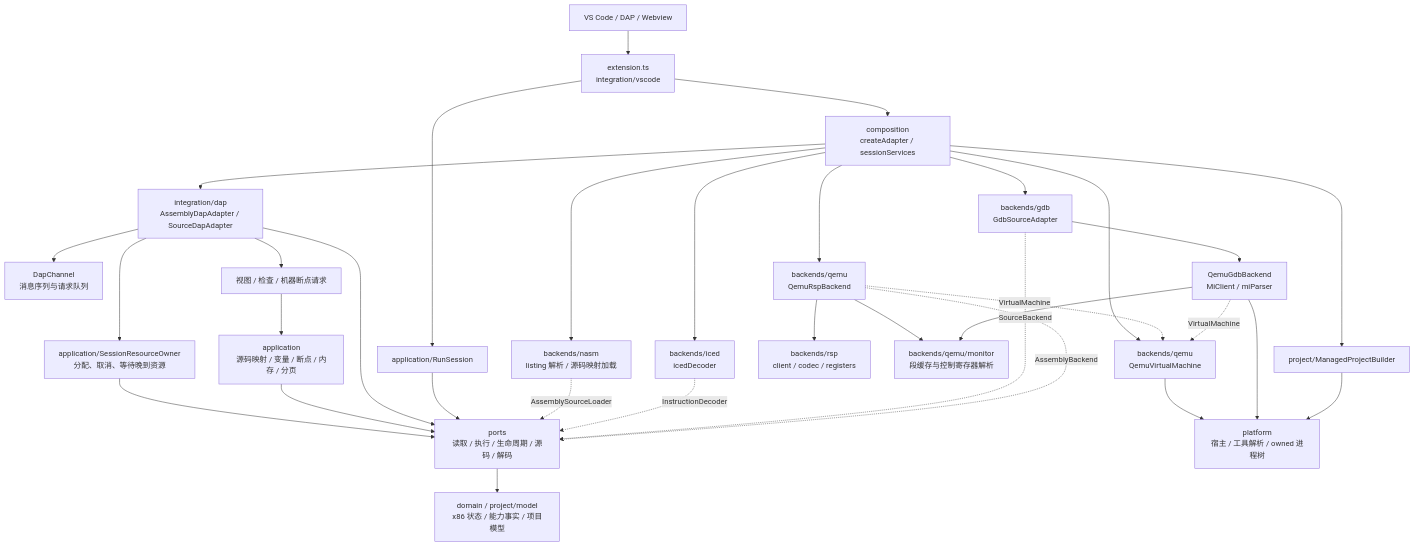
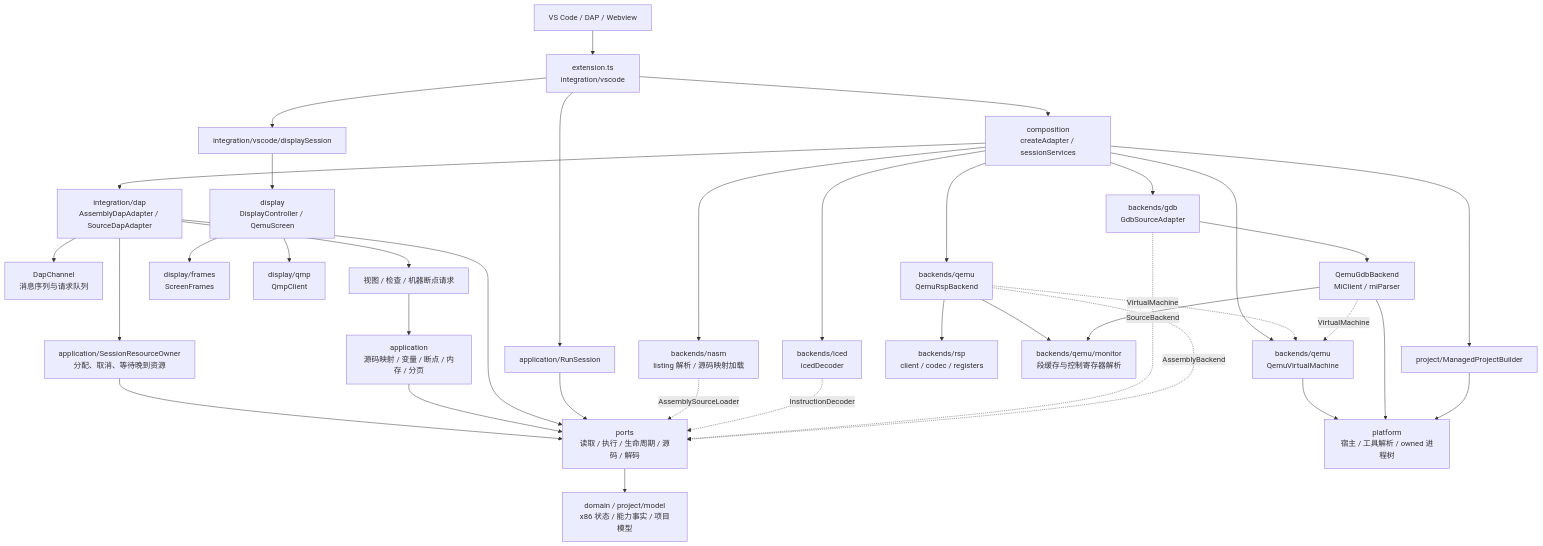
Before and after one commit to nothingzhl/vscode-qemu-asm: the first of 2 diagrams in docs/ARCHITECTURE.md, drawn with Mermaid. The commit also changed other lines of this file and 41 other files, not shown here.

Commit message:
fix: harden session cleanup and reduce repeated display work

````diff
--- a/docs/ARCHITECTURE.md
+++ b/docs/ARCHITECTURE.md
@@ -19,35 +19,39 @@
 ```mermaid
 flowchart TD
     VS[VS Code / DAP / Webview] --> Entry[extension.ts<br/>integration/vscode]
     Entry --> Composition[composition<br/>createAdapter / sessionServices]
     Composition --> DAP[integration/dap<br/>AssemblyDapAdapter / SourceDapAdapter]
     DAP --> Channel[DapChannel<br/>消息序列与请求队列]
     DAP --> Requests[视图 / 检查 / 机器断点请求]
     Requests --> Application[application<br/>源码映射 / 变量 / 断点 / 内存 / 分页]
     DAP --> Owner[application/SessionResourceOwner<br/>分配、取消、等待晚到资源]
     Owner --> Ports
     Entry --> Run[application/RunSession]
+    Entry --> DisplaySession[integration/vscode/displaySession]
+    DisplaySession --> Display[display<br/>DisplayController / QemuScreen]
+    Display --> Frames[display/frames<br/>ScreenFrames]
+    Display --> QMP[display/qmp<br/>QmpClient]
     Application --> Ports[ports<br/>读取 / 执行 / 生命周期 / 源码 / 解码]
     DAP --> Ports
     Run --> Ports
     Ports --> Models[domain / project/model<br/>x86 状态 / 能力事实 / 项目模型]
     Composition --> RSP[backends/qemu<br/>QemuRspBackend]
     Composition --> Source[backends/gdb<br/>GdbSourceAdapter]
     Source --> MI[QemuGdbBackend<br/>MiClient / miParser]
     Composition --> VM[backends/qemu<br/>QemuVirtualMachine]
     Composition --> Decoder[backends/iced<br/>icedDecoder]
     Composition --> NASM[backends/nasm<br/>listing 解析 / 源码映射加载]
     NASM -. AssemblySourceLoader .-> Ports
     RSP -. VirtualMachine .-> VM
     MI -. VirtualMachine .-> VM
     RSP --> Protocol[backends/rsp<br/>client / codec / registers]
     RSP --> HMP[backends/qemu/monitor<br/>段缓存与控制寄存器解析]
     MI --> HMP
     VM --> Platform[platform<br/>宿主 / 工具解析 / owned 进程树]
     MI --> Platform
     Composition --> Builder[project/ManagedProjectBuilder]
     Builder --> Platform
     Decoder -. InstructionDecoder .-> Ports
     Source -. SourceBackend .-> Ports
     RSP -. AssemblyBackend .-> Ports
 ```
````
